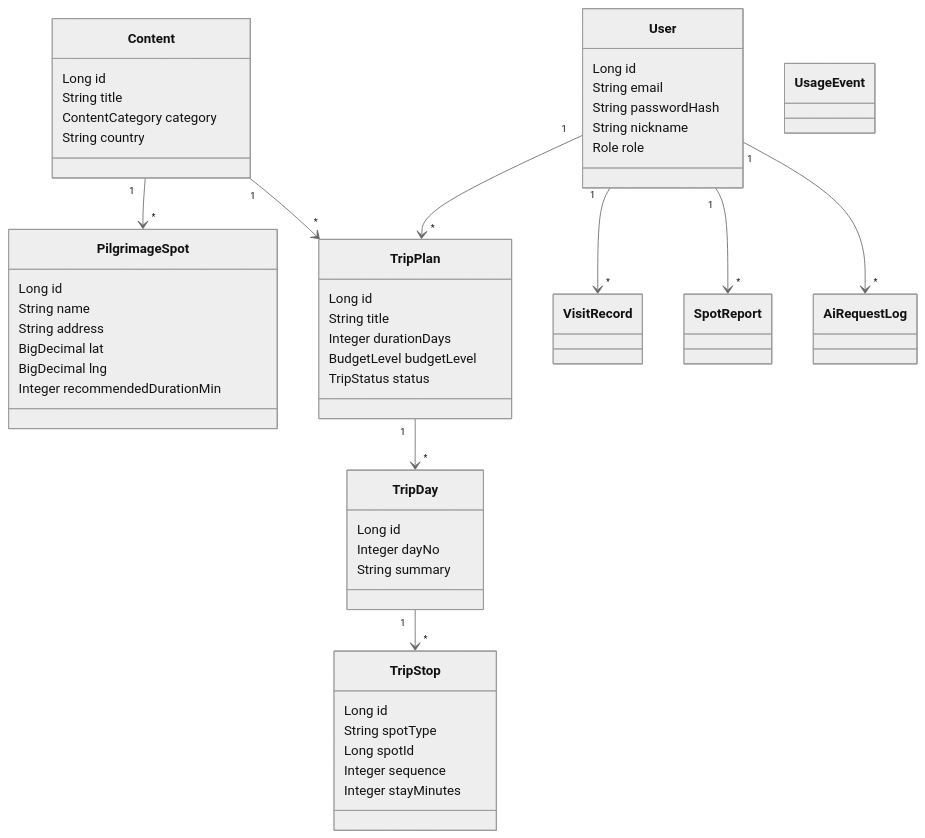
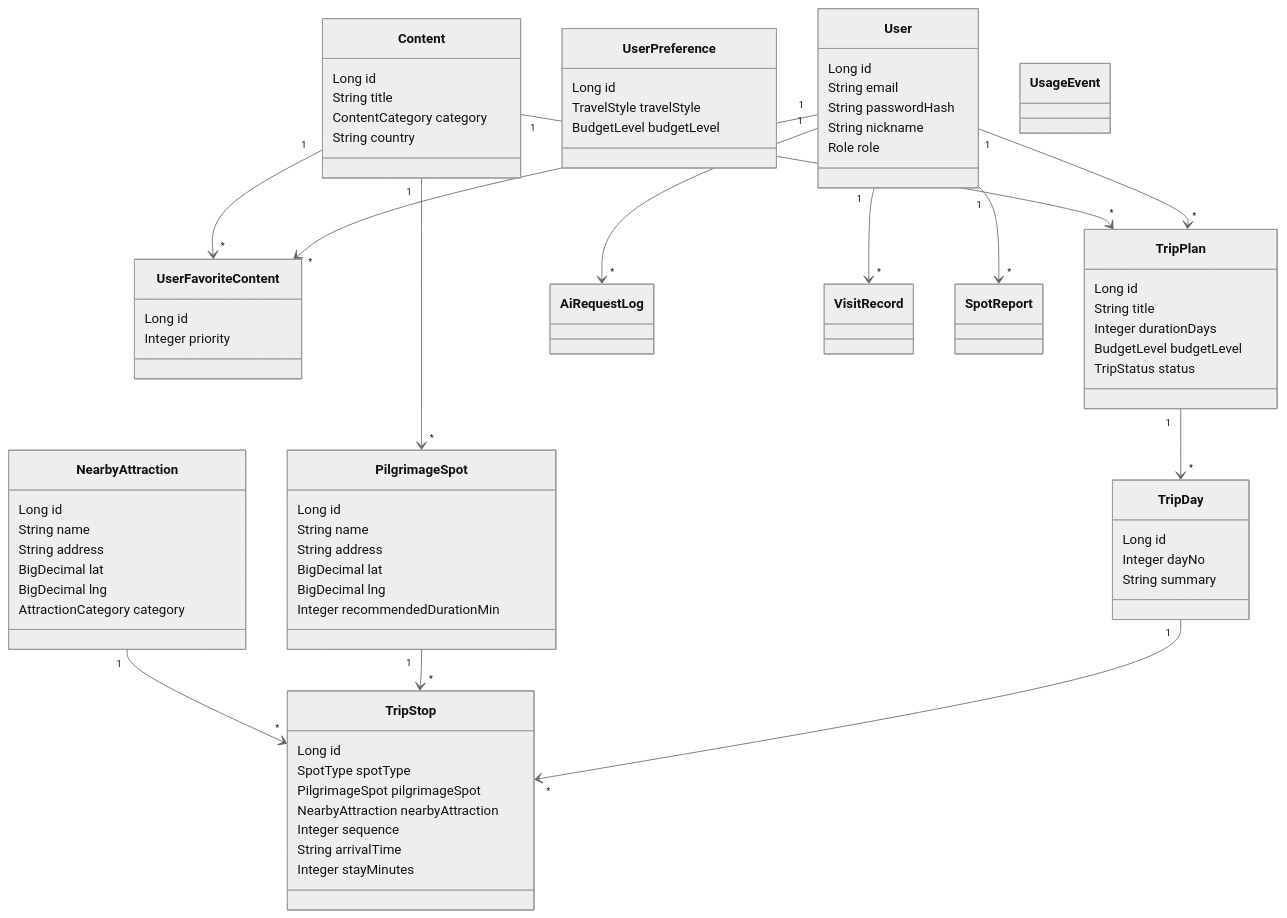
Before and after one commit to sungjiduk/seongjiduk: the second of 2 diagrams in 기획/04_도메인_모델_ERD.md, drawn with Mermaid (neutral theme). The commit also changed other lines of this file, not shown here.

Commit message:
[DOCS] ERD 관계 구조 수정

```diff
--- a/기획/04_도메인_모델_ERD.md
+++ b/기획/04_도메인_모델_ERD.md
@@ -184,6 +197,17 @@
       String passwordHash
       String nickname
       Role role
+    }
+
+    class UserPreference {
+      Long id
+      TravelStyle travelStyle
+      BudgetLevel budgetLevel
+    }
+
+    class UserFavoriteContent {
+      Long id
+      Integer priority
     }
 
     class Content {
@@ -218,10 +242,21 @@
 
     class TripStop {
       Long id
-      String spotType
-      Long spotId
+      SpotType spotType
+      PilgrimageSpot pilgrimageSpot
+      NearbyAttraction nearbyAttraction
       Integer sequence
+      String arrivalTime
       Integer stayMinutes
+    }
+
+    class NearbyAttraction {
+      Long id
+      String name
+      String address
+      BigDecimal lat
+      BigDecimal lng
+      AttractionCategory category
     }
 
     class AiRequestLog
@@ -229,11 +264,15 @@
     class VisitRecord
     class SpotReport
 
+    User "1" --> "*" UserFavoriteContent
+    Content "1" --> "*" UserFavoriteContent
     User "1" --> "*" TripPlan
     Content "1" --> "*" PilgrimageSpot
     Content "1" --> "*" TripPlan
     TripPlan "1" --> "*" TripDay
     TripDay "1" --> "*" TripStop
+    PilgrimageSpot "1" --> "*" TripStop
+    NearbyAttraction "1" --> "*" TripStop
     User "1" --> "*" VisitRecord
     User "1" --> "*" SpotReport
     User "1" --> "*" AiRequestLog
```
